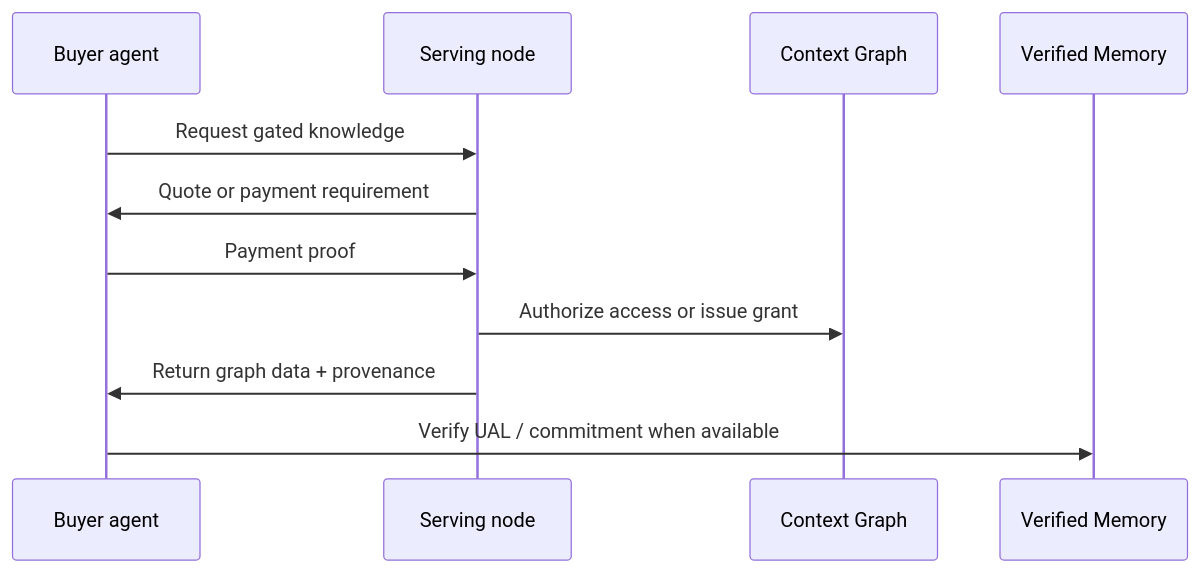
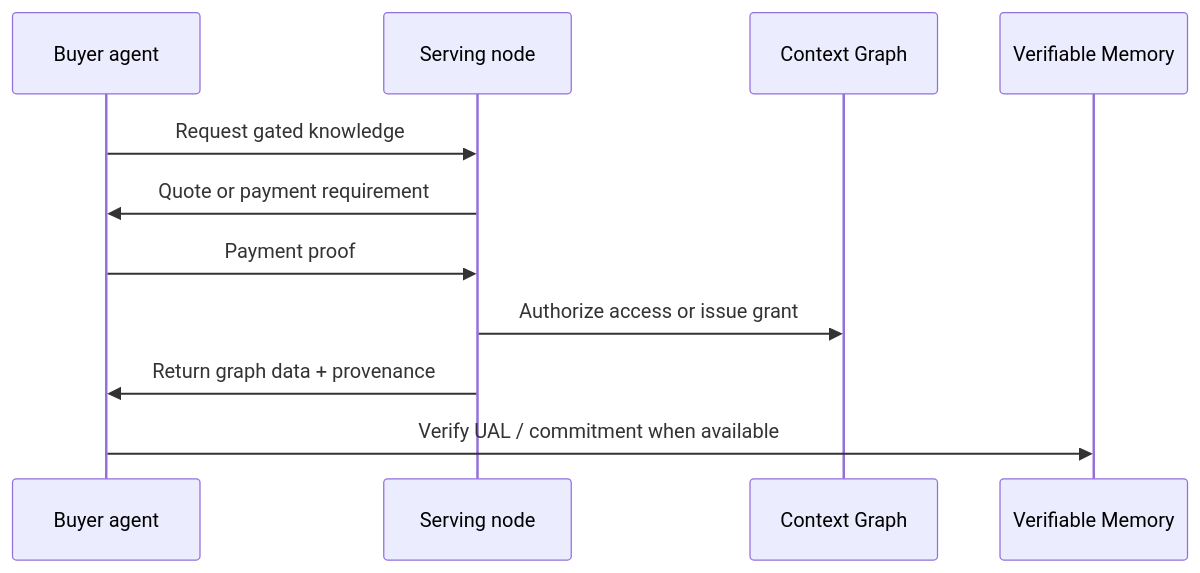
The diagram in docs/how-dkg-works/knowledge-commerce.md (OriginTrail/dkg), drawn with Mermaid before and after one commit. The commit also changed other lines of this file and 31 other files, not shown here.

````diff
--- a/docs/how-dkg-works/knowledge-commerce.md
+++ b/docs/how-dkg-works/knowledge-commerce.md
@@ -16,14 +16,14 @@
 ```mermaid
 sequenceDiagram
   participant Buyer as Buyer agent
   participant Gateway as Serving node
   participant CG as Context Graph
-  participant Chain as Verified Memory
+  participant Chain as Verifiable Memory
 
   Buyer->>Gateway: Request gated knowledge
   Gateway->>Buyer: Quote or payment requirement
   Buyer->>Gateway: Payment proof
   Gateway->>CG: Authorize access or issue grant
   Gateway->>Buyer: Return graph data + provenance
   Buyer->>Chain: Verify UAL / commitment when available
 ```
````
